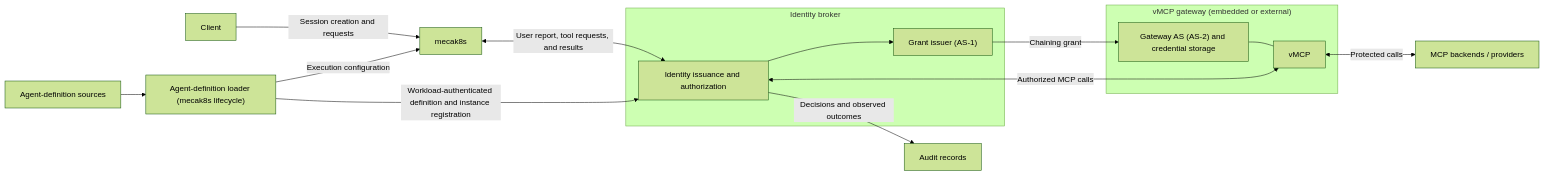
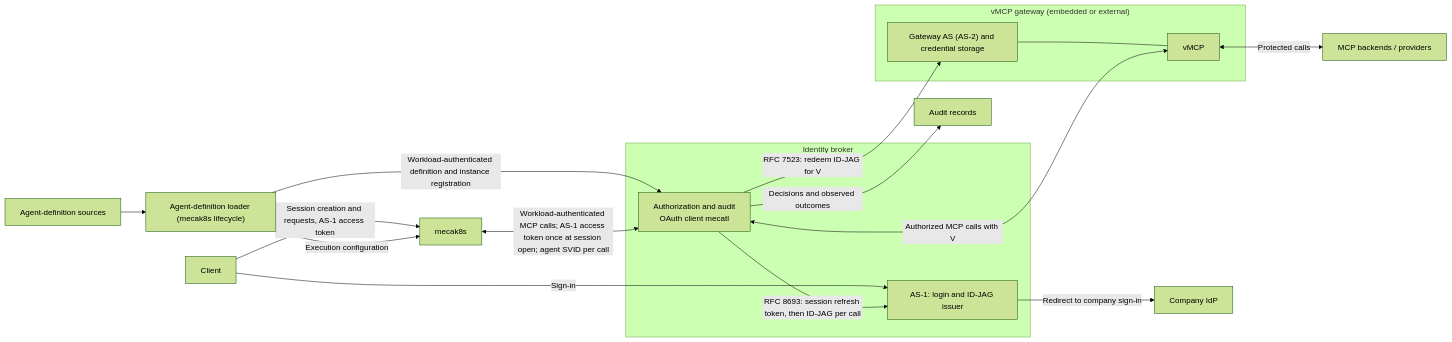
One commit to stacklok/mecatl changed the diagram in docs/drafts/agent-identity/README.md. Above: the diagram before and after it, drawn with Mermaid (forest theme). The commit also changed other lines of this file and 7 other files, not shown here.

````diff
--- a/docs/drafts/agent-identity/README.md
+++ b/docs/drafts/agent-identity/README.md
@@ -48,22 +48,24 @@
 ```mermaid
 flowchart LR
-    U["Client"] -->|"Session creation and requests"| H["mecak8s"]
+    U["Client"] -->|"Sign-in"| A1
+    U -->|"Session creation and requests, AS-1 access token"| H["mecak8s"]
     F["Agent-definition sources"] --> R["Agent-definition loader (mecak8s lifecycle)"]
     R -->|"Execution configuration"| H
     subgraph B["Identity broker"]
-        I["Identity issuance and authorization"]
-        G["Grant issuer (AS-1)"]
-        I --> G
+        I["Authorization and audit<br/>OAuth client mecatl"]
+        A1["AS-1: login and ID-JAG issuer"]
     end
+    A1 -->|"Redirect to company sign-in"| IdP["Company IdP"]
     subgraph W["vMCP gateway (embedded or external)"]
         T["Gateway AS (AS-2) and credential storage"]
         V["vMCP"]
         T --- V
     end
     R -->|"Workload-authenticated definition and instance registration"| I
-    H <-->|"User report, tool requests, and results"| I
-    G -->|"Chaining grant"| T
-    I <-->|"Authorized MCP calls"| V
+    H <-->|"Workload-authenticated MCP calls; AS-1 access token once at session open; agent SVID per call"| I
+    I -->|"RFC 8693: session refresh token, then ID-JAG per call"| A1
+    I -->|"RFC 7523: redeem ID-JAG for V"| T
+    I <-->|"Authorized MCP calls with V"| V
     V <-->|"Protected calls"| P["MCP backends / providers"]
     I -->|"Decisions and observed outcomes"| A["Audit records"]
 ```
````
